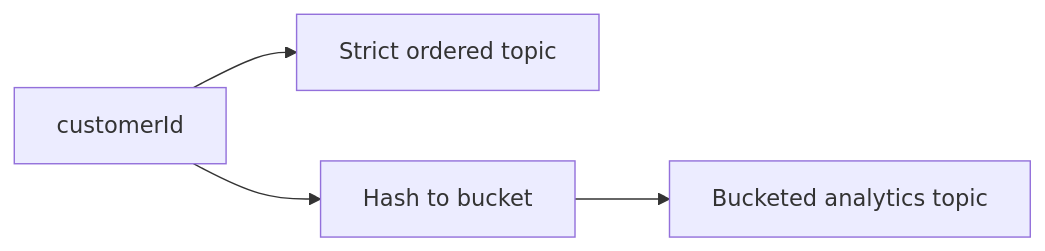
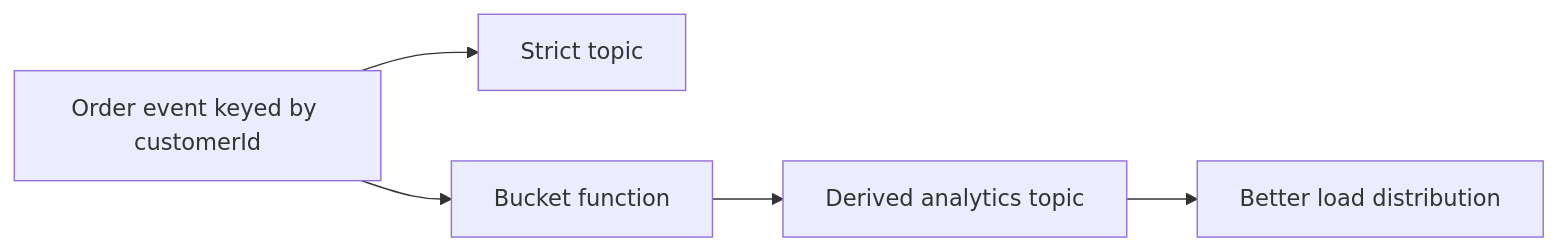
The diagram in _posts/2026-06-13-kafka-partition-strategy-ordering-hotspots-part-2.md (sandeepbhardwaj/sandeepbhardwaj.github.io), drawn with Mermaid before and after one commit. The commit also changed other lines of this file and 113 other files, not shown here.

````diff
--- a/_posts/2026-06-13-kafka-partition-strategy-ordering-hotspots-part-2.md
+++ b/_posts/2026-06-13-kafka-partition-strategy-ordering-hotspots-part-2.md
@@ -45,6 +40,7 @@
 ```mermaid
 flowchart LR
-    A[customerId] --> B[Strict ordered topic]
-    A --> C[Hash to bucket]
-    C --> D[Bucketed analytics topic]
+    A[Order event keyed by customerId] --> B[Strict topic]
+    A --> C[Bucket function]
+    C --> D[Derived analytics topic]
+    D --> E[Better load distribution]
 ```
````
